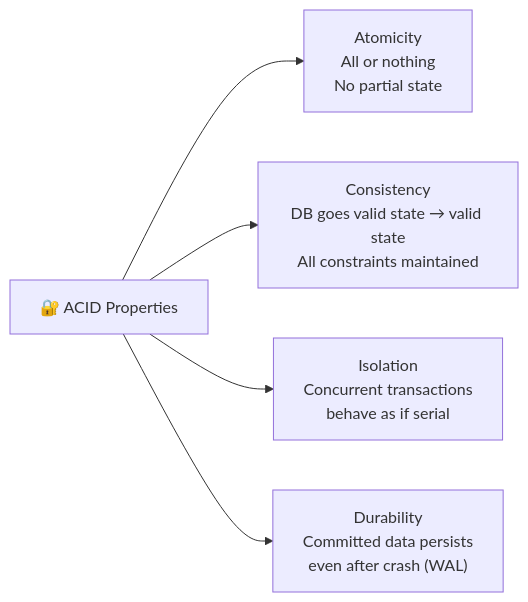
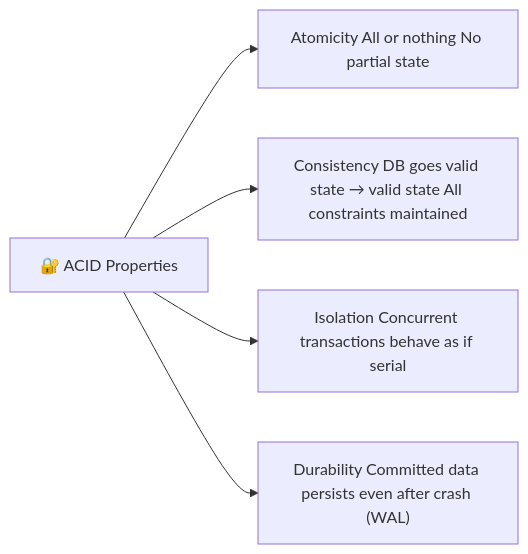
Before and after one commit to naveenkumar1661997/notes: the sixth of 7 diagrams in sql.md, drawn with Mermaid. The commit also changed other lines of this file and 12 other files, not shown here.

```diff
--- a/sql.md
+++ b/sql.md
@@ -244,8 +244,8 @@
 <pre class="mermaid">
 flowchart LR
     ACID["🔐 ACID Properties"]
-    ACID --> A["Atomicity\nAll or nothing\nNo partial state"]
-    ACID --> C["Consistency\nDB goes valid state → valid state\nAll constraints maintained"]
-    ACID --> I["Isolation\nConcurrent transactions\nbehave as if serial"]
-    ACID --> D["Durability\nCommitted data persists\neven after crash (WAL)"]
+    ACID --> A["Atomicity All or nothing No partial state"]
+    ACID --> C["Consistency DB goes valid state → valid state All constraints maintained"]
+    ACID --> I["Isolation Concurrent transactions behave as if serial"]
+    ACID --> D["Durability Committed data persists even after crash (WAL)"]
 </pre>
```
